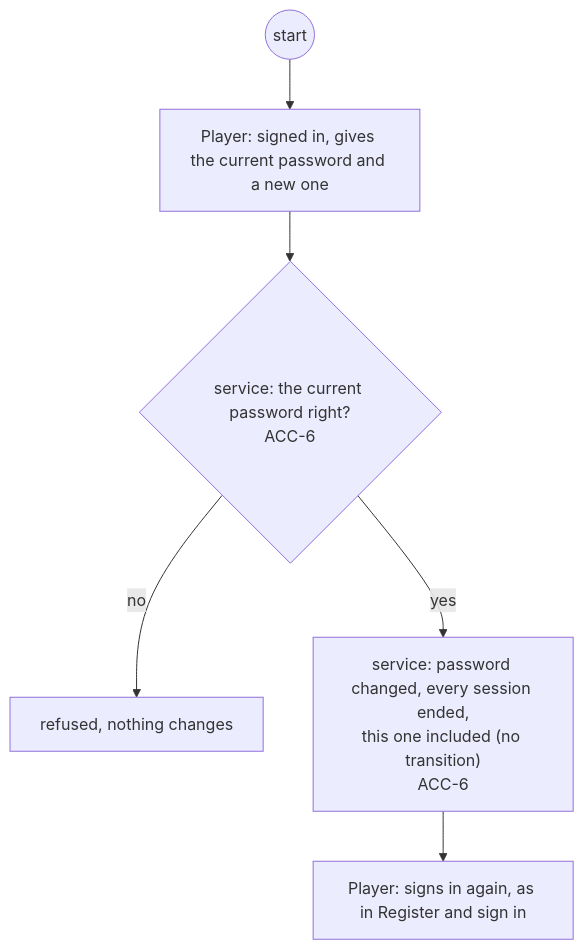
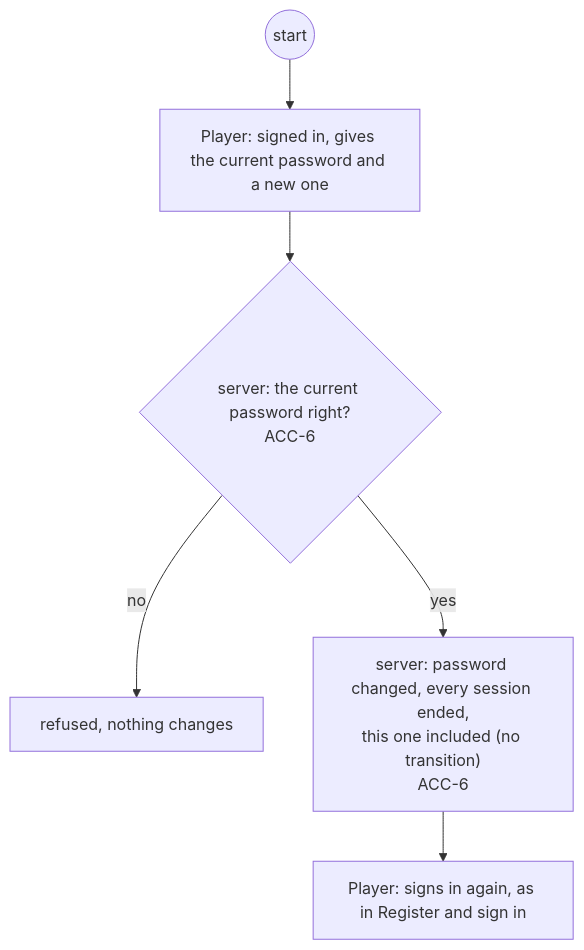
One commit to delphside/programme changed the fifth of 29 diagrams in docs/changes/workstreams/application-game-architecture/71-one-game-model/71-functional.md. Above: the diagram before and after it, drawn with Mermaid. The commit also changed other lines of this file, not shown here.

First line of the commit message:
app 0.9.2 api 2.16: 71: Tile Lite Elite Server, server steps, and question references name #71

````diff
--- a/docs/changes/workstreams/application-game-architecture/71-one-game-model/71-functional.md
+++ b/docs/changes/workstreams/application-game-architecture/71-one-game-model/71-functional.md
@@ -145,8 +145,8 @@
 ```mermaid
 flowchart TD
   s0((start)) --> p1["Player: signed in, gives the current password and a new one"]
-  p1 --> v1{"service: the current password right?<br/>ACC-6"}
+  p1 --> v1{"server: the current password right?<br/>ACC-6"}
   v1 -- no --> r1["refused, nothing changes"]
-  v1 -- yes --> t1["service: password changed, every session ended,<br/>this one included (no transition)<br/>ACC-6"]
+  v1 -- yes --> t1["server: password changed, every session ended,<br/>this one included (no transition)<br/>ACC-6"]
   t1 --> p2["Player: signs in again, as in Register and sign in"]
 ```
````
